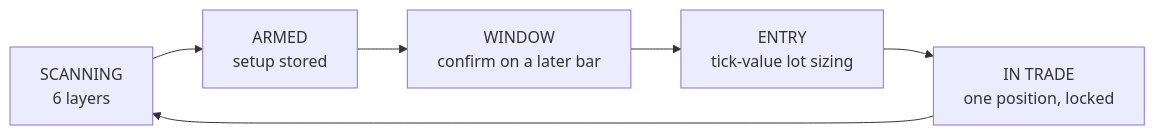
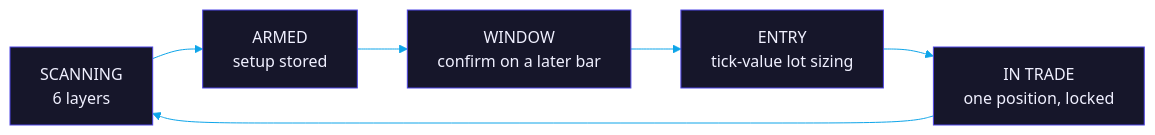
The diagram in README.md (flowser/trademate-showcase), drawn with Mermaid before and after one commit. The commit also changed other lines of this file and 3 other files, not shown here.

Commit message:
Apply Savvytex Pro theme: hero banner, dividers, palette diagram

````diff
--- a/README.md
+++ b/README.md
@@ -59,8 +62,9 @@
 ```mermaid
+%%{init: {'theme':'base','themeVariables':{'primaryColor':'#16162a','primaryTextColor':'#f0f0ff','primaryBorderColor':'#4f46e5','lineColor':'#0ea5e9','secondaryColor':'#0d0d1a','tertiaryColor':'#12121f','clusterBkg':'#0d0d1a','clusterBorder':'#4f46e5','titleColor':'#0ea5e9','edgeLabelBackground':'#16162a'}}}%%
 flowchart LR
   S["SCANNING<br/>6 layers"] --> A["ARMED<br/>setup stored"]
   A --> W["WINDOW<br/>confirm on a later bar"]
   W --> E["ENTRY<br/>tick-value lot sizing"]
   E --> T["IN TRADE<br/>one position, locked"]
   T --> S
 ```
````
